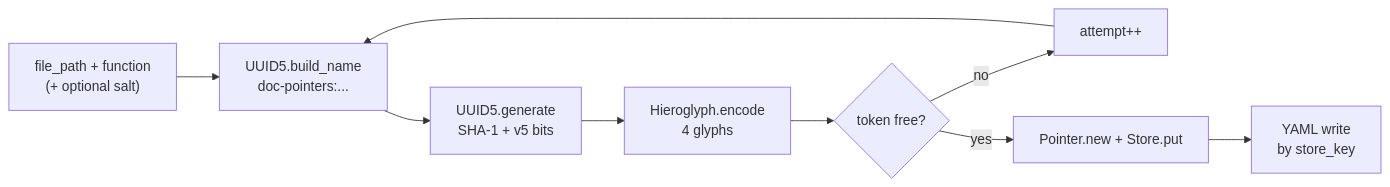
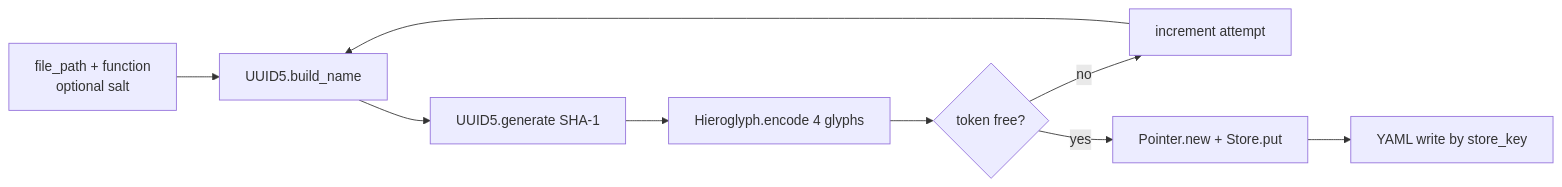
One commit to the-robot-lives/doc-pointers changed the second of 3 diagrams in docs/PROJ-ARCH.md. Above: the diagram before and after it, drawn with Mermaid. The commit also changed other lines of this file, not shown here.

Commit message:
mermaid updatE

````diff
--- a/docs/PROJ-ARCH.md
+++ b/docs/PROJ-ARCH.md
@@ -85,10 +85,10 @@
 ```mermaid
 flowchart LR
-  A["file_path + function\n(+ optional salt)"] --> B["UUID5.build_name\ndoc-pointers:..."]
-  B --> C["UUID5.generate\nSHA-1 + v5 bits"]
-  C --> D["Hieroglyph.encode\n4 glyphs"]
-  D --> E{token free?}
-  E -->|no| F["attempt++"] --> B
+  A["file_path + function<br/>optional salt"] --> B["UUID5.build_name"]
+  B --> C["UUID5.generate SHA-1"]
+  C --> D["Hieroglyph.encode 4 glyphs"]
+  D --> E{"token free?"}
+  E -->|no| F["increment attempt"] --> B
   E -->|yes| G["Pointer.new + Store.put"]
-  G --> H["YAML write\nby store_key"]
+  G --> H["YAML write by store_key"]
 ```
````
